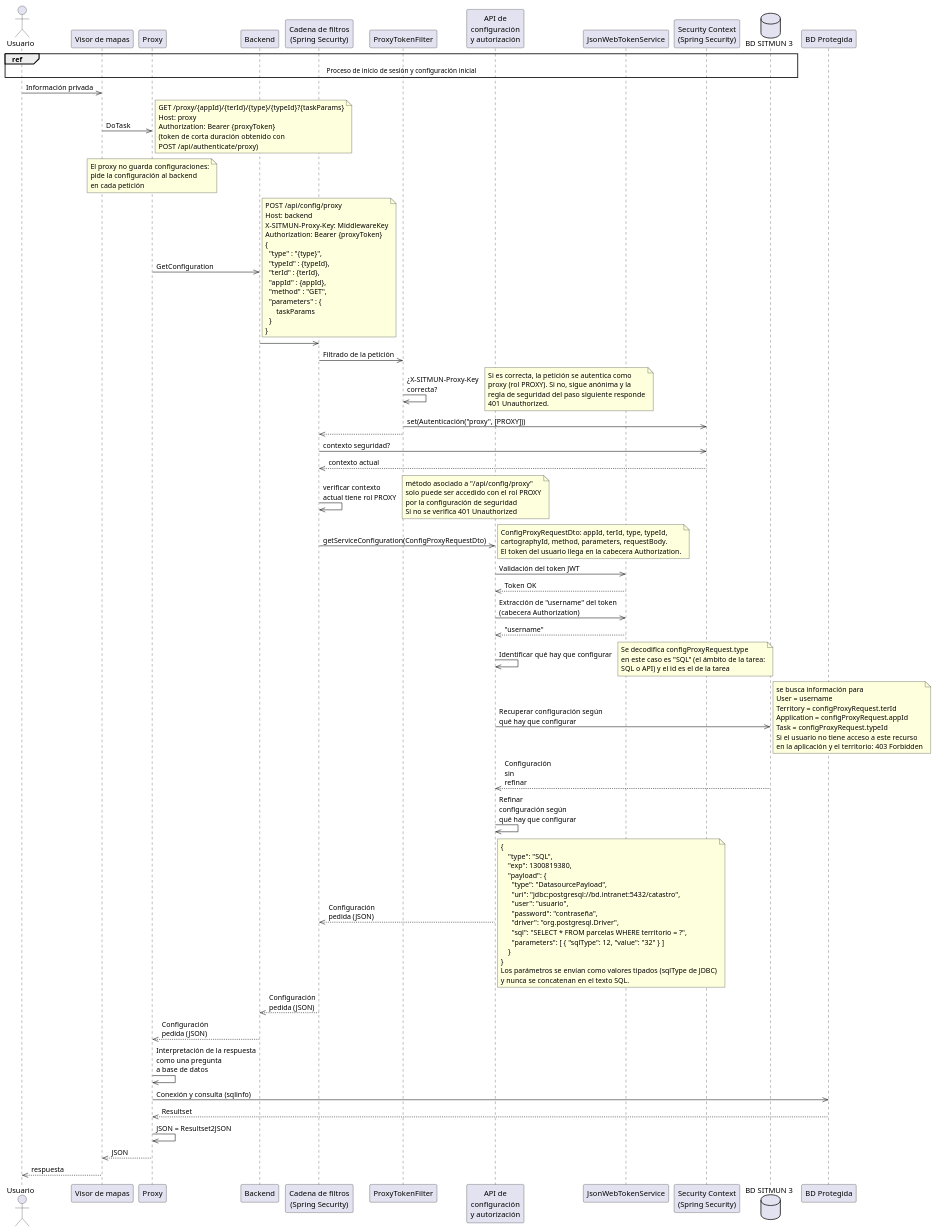
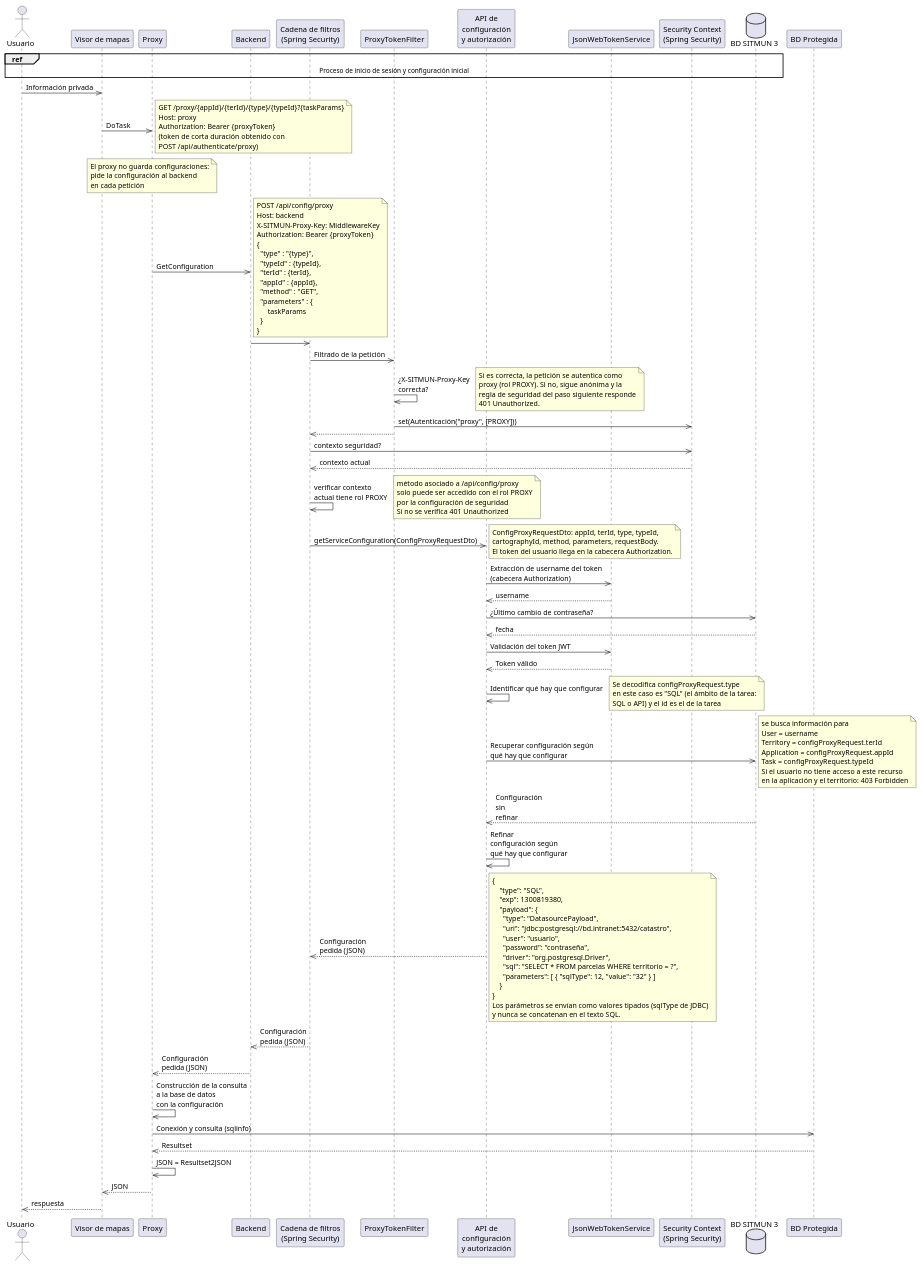
Before and after one commit to sitmun/sitmun.github.io: the fourth of 6 diagrams in docs/que-es-sitmun/plataforma/arquitectura/index.md, drawn with PlantUML. The commit also changed other lines of this file and 33 other files, not shown here.

```diff
--- a/docs/que-es-sitmun/plataforma/arquitectura/index.md
+++ b/docs/que-es-sitmun/plataforma/arquitectura/index.md
@@ -692,7 +715,7 @@
 SecurityContext -->> FilterChain: contexto actual
 FilterChain ->> FilterChain: verificar contexto\nactual tiene rol PROXY
 note right
-  método asociado a "/api/config/proxy"
+  método asociado a /api/config/proxy
   solo puede ser accedido con el rol PROXY
   por la configuración de seguridad
   Si no se verifica 401 Unauthorized
@@ -703,10 +726,12 @@
   cartographyId, method, parameters, requestBody.
   El token del usuario llega en la cabecera Authorization.
 end note
+ConfigurationAPI ->> JsonWebTokenService: Extracción de username del token\n(cabecera Authorization)
+JsonWebTokenService -->> ConfigurationAPI: username
+ConfigurationAPI ->> Database: ¿Último cambio de contraseña?
+Database -->> ConfigurationAPI: fecha
 ConfigurationAPI ->> JsonWebTokenService: Validación del token JWT
-JsonWebTokenService -->> ConfigurationAPI: Token OK
-ConfigurationAPI ->> JsonWebTokenService: Extracción de "username" del token\n(cabecera Authorization)
-JsonWebTokenService -->> ConfigurationAPI: "username"
+JsonWebTokenService -->> ConfigurationAPI: Token válido
 ConfigurationAPI ->> ConfigurationAPI: Identificar qué hay que configurar
 note right
   Se decodifica configProxyRequest.type
@@ -745,7 +770,7 @@
 end note
 FilterChain -->> Backend: Configuración\npedida (JSON)
 Backend -->> Proxy: Configuración\npedida (JSON)
-Proxy ->> Proxy: Interpretación de la respuesta\ncomo una pregunta\na base de datos
+Proxy ->> Proxy: Construcción de la consulta\na la base de datos\ncon la configuración
 Proxy ->> ProtectedDatabase: Conexión y consulta (sqlinfo)
 ProtectedDatabase -->> Proxy: Resultset
 Proxy ->> Proxy: JSON = Resultset2JSON
```
